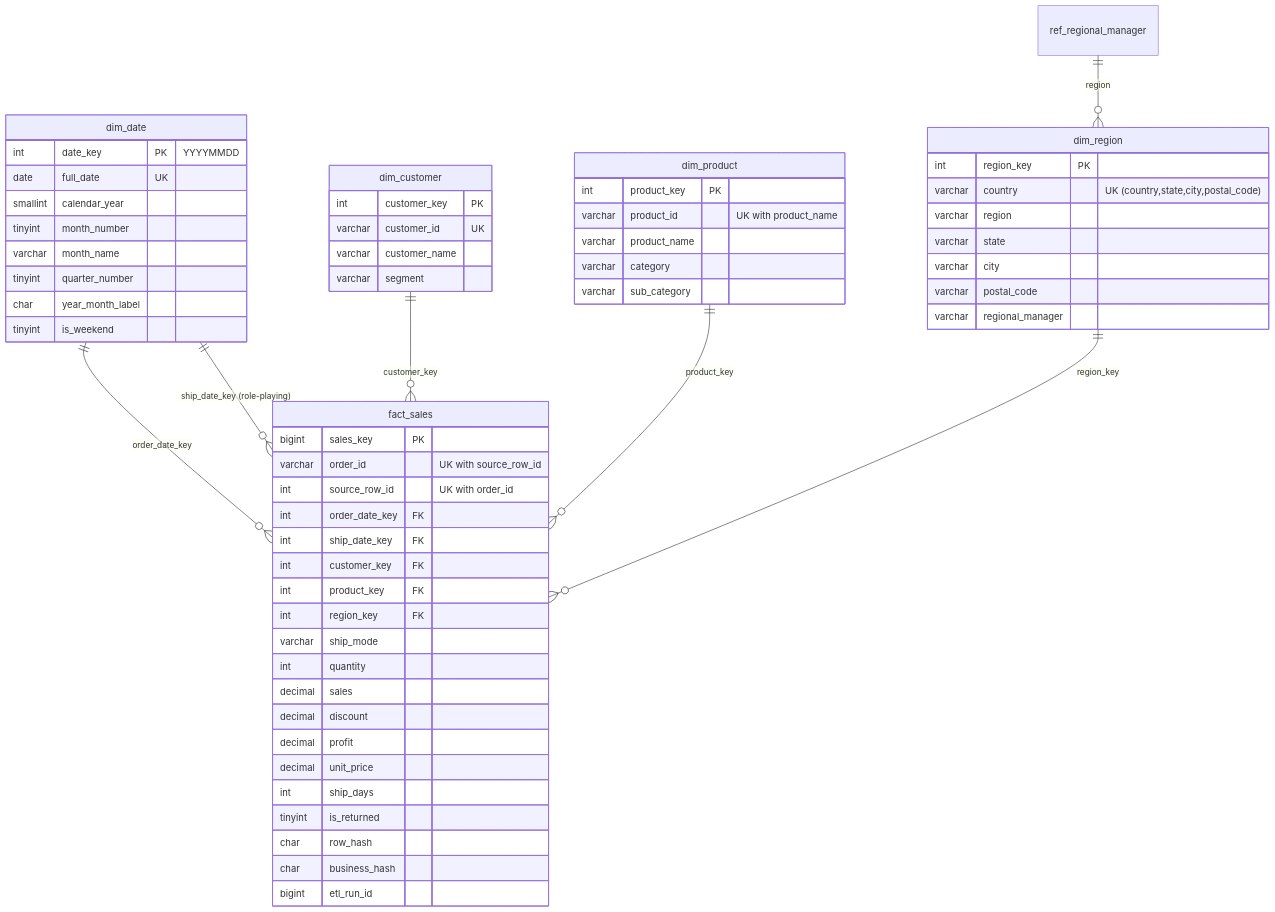
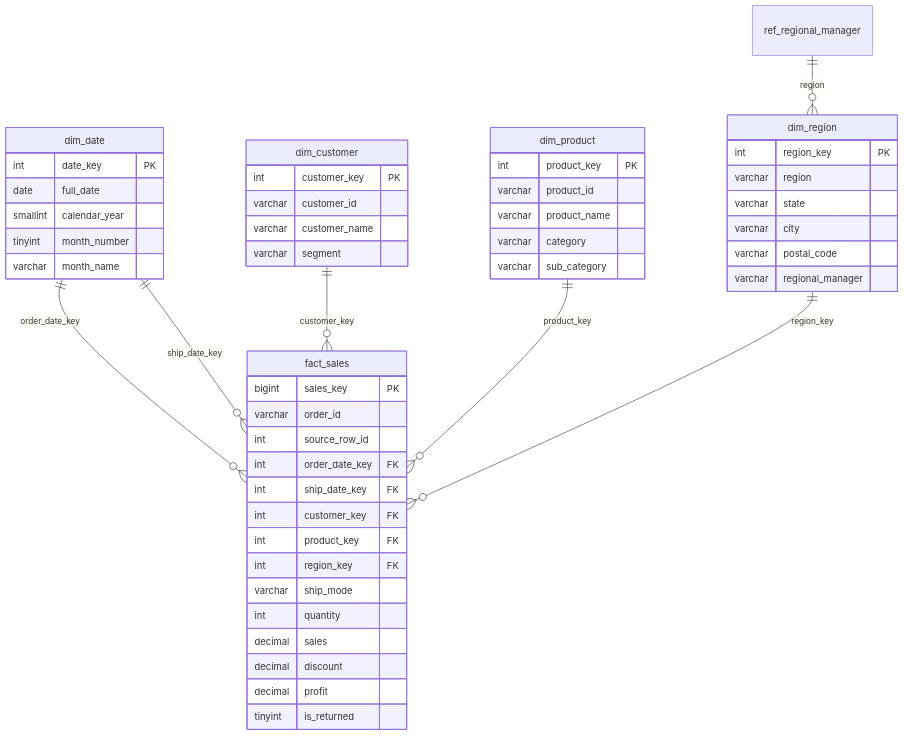
Before and after one commit to cheeliamithkumar/retail-data-platform: the diagram in docs/data_warehouse_schema.md, drawn with Mermaid. The commit also changed other lines of this file and 4 other files, not shown here.

````diff
--- a/docs/data_warehouse_schema.md
+++ b/docs/data_warehouse_schema.md
@@ -16,63 +14,54 @@
 ```mermaid
 erDiagram
     dim_date     ||--o{ fact_sales : "order_date_key"
-    dim_date     ||--o{ fact_sales : "ship_date_key (role-playing)"
+    dim_date     ||--o{ fact_sales : "ship_date_key"
     dim_customer ||--o{ fact_sales : customer_key
     dim_product  ||--o{ fact_sales : product_key
     dim_region   ||--o{ fact_sales : region_key
     ref_regional_manager ||--o{ dim_region : region
 
     fact_sales {
         bigint sales_key PK
-        varchar order_id "UK with source_row_id"
-        int source_row_id "UK with order_id"
+        varchar order_id
+        int source_row_id
         int order_date_key FK
         int ship_date_key FK
         int customer_key FK
         int product_key FK
         int region_key FK
         varchar ship_mode
         int quantity
         decimal sales
         decimal discount
         decimal profit
-        decimal unit_price
-        int ship_days
         tinyint is_returned
-        char row_hash
-        char business_hash
-        bigint etl_run_id
     }
     dim_customer {
         int customer_key PK
-        varchar customer_id UK
+        varchar customer_id
         varchar customer_name
         varchar segment
     }
     dim_product {
         int product_key PK
-        varchar product_id "UK with product_name"
+        varchar product_id
         varchar product_name
         varchar category
         varchar sub_category
     }
     dim_region {
         int region_key PK
-        varchar country "UK (country,state,city,postal_code)"
         varchar region
         varchar state
         varchar city
         varchar postal_code
         varchar regional_manager
     }
     dim_date {
-        int date_key PK "YYYYMMDD"
-        date full_date UK
+        int date_key PK
+        date full_date
         smallint calendar_year
         tinyint month_number
         varchar month_name
-        tinyint quarter_number
-        char year_month_label
-        tinyint is_weekend
     }
 ```
````
